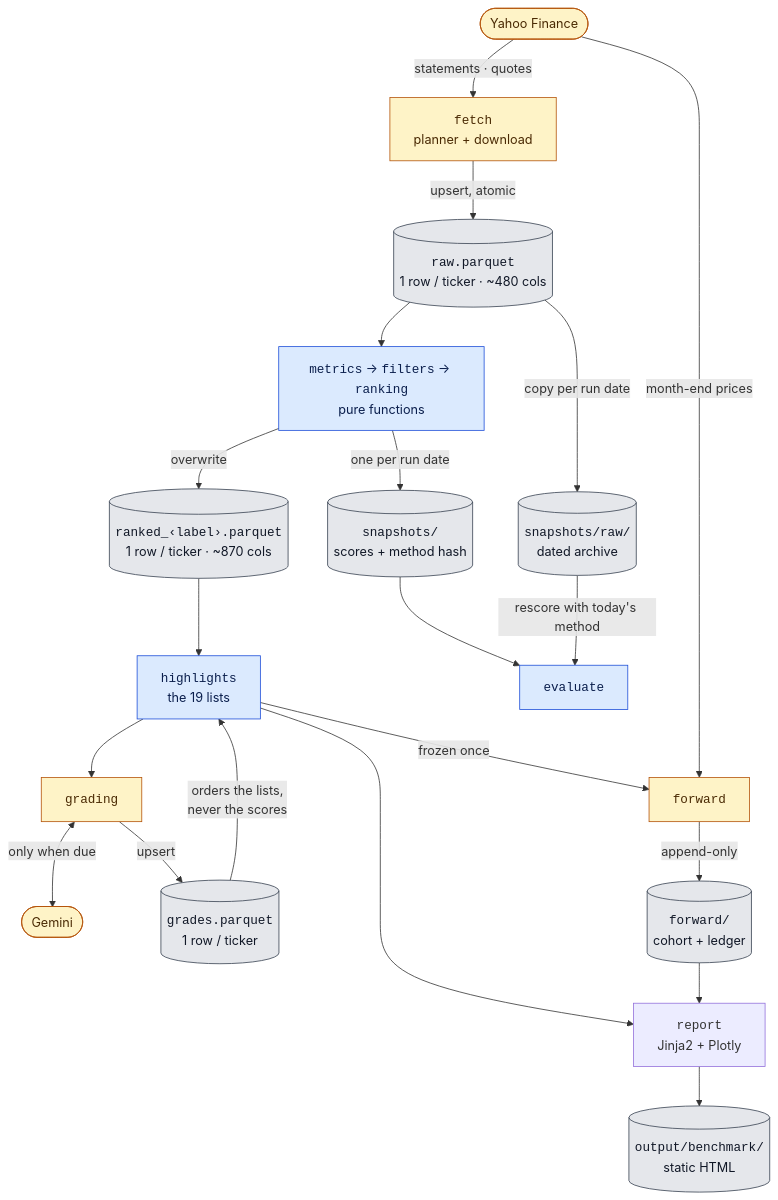
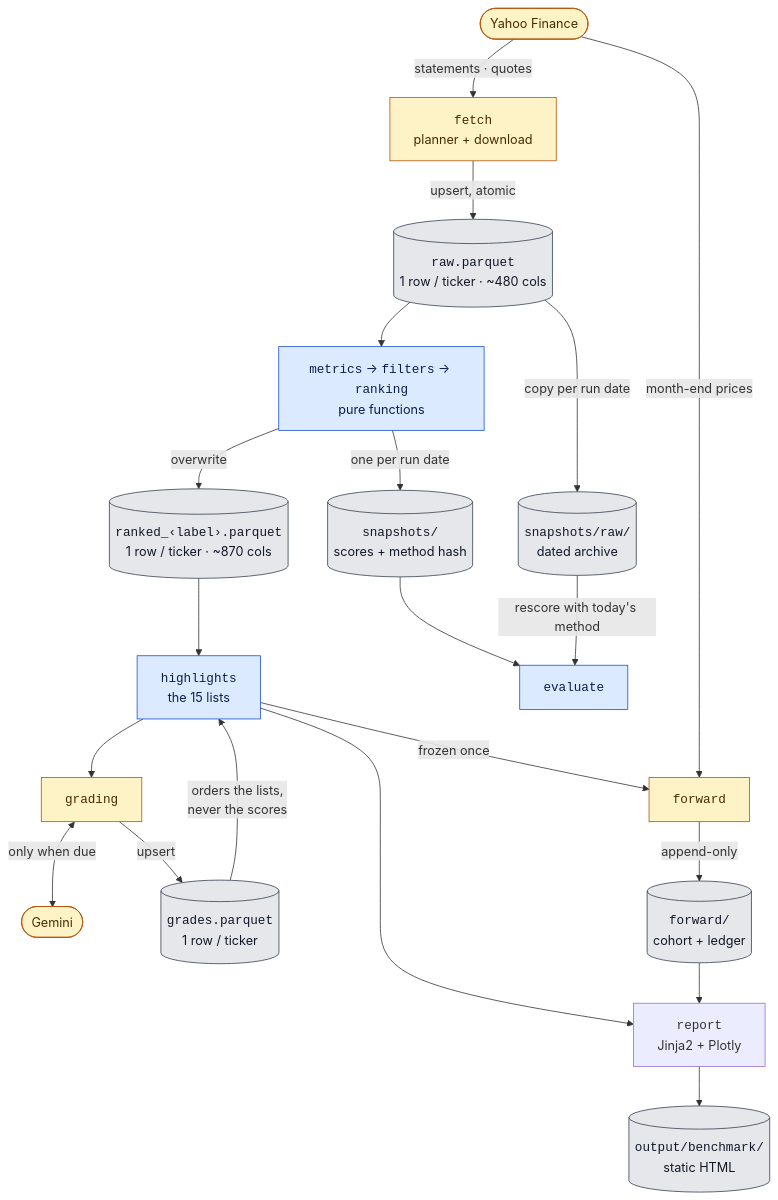
The second of 5 diagrams in ARCHITECTURE.md (JAlvarezRomario/equity-screening-pipeline), drawn with Mermaid before and after one commit. The commit also changed 1 other file, not shown here.

Commit message:
Docs: 15 lists, about 950 graded companies and 1,000 checks of the numbers, about 490 tests

````diff
--- a/ARCHITECTURE.md
+++ b/ARCHITECTURE.md
@@ -81,29 +81,29 @@
 ```mermaid
 flowchart TB
     Y(["Yahoo Finance"]) -->|"statements · quotes"| F["<code>fetch</code><br/>planner + download"]
     F -->|"upsert, atomic"| RAW[("<code>raw.parquet</code><br/>1 row / ticker · ~480 cols")]
     RAW --> CORE["<code>metrics</code> → <code>filters</code> → <code>ranking</code><br/>pure functions"]
     RAW -->|"copy per run date"| RA[("<code>snapshots/raw/</code><br/>dated archive")]
     CORE -->|"overwrite"| RK[("<code>ranked_‹label›.parquet</code><br/>1 row / ticker · ~870 cols")]
     CORE -->|"one per run date"| SN[("<code>snapshots/</code><br/>scores + method hash")]
-    RK --> HL["<code>highlights</code><br/>the 19 lists"]
+    RK --> HL["<code>highlights</code><br/>the 15 lists"]
     HL --> GR["<code>grading</code>"]
     GR <-->|"only when due"| GM(["Gemini"])
     GR -->|"upsert"| GD[("<code>grades.parquet</code><br/>1 row / ticker")]
     GD -->|"orders the lists,<br/>never the scores"| HL
     HL -->|"frozen once"| FW["<code>forward</code>"]
     Y -->|"month-end prices"| FW
     FW -->|"append-only"| LG[("<code>forward/</code><br/>cohort + ledger")]
     HL --> SITE["<code>report</code><br/>Jinja2 + Plotly"]
     LG --> SITE
     SITE --> OUT[("<code>output/benchmark/</code><br/>static HTML")]
     SN --> EV["<code>evaluate</code>"]
     RA -->|"rescore with today's method"| EV
 
     classDef pure fill:#dbeafe,stroke:#1d4ed8,color:#0b1f4d
     classDef ext fill:#fef3c7,stroke:#b45309,color:#4a2a04
     classDef store fill:#e5e7eb,stroke:#374151,color:#111827
     class CORE,HL,EV pure
     class Y,GM,F,GR,FW ext
     class RAW,RA,RK,SN,GD,LG,OUT store
 ```
````
